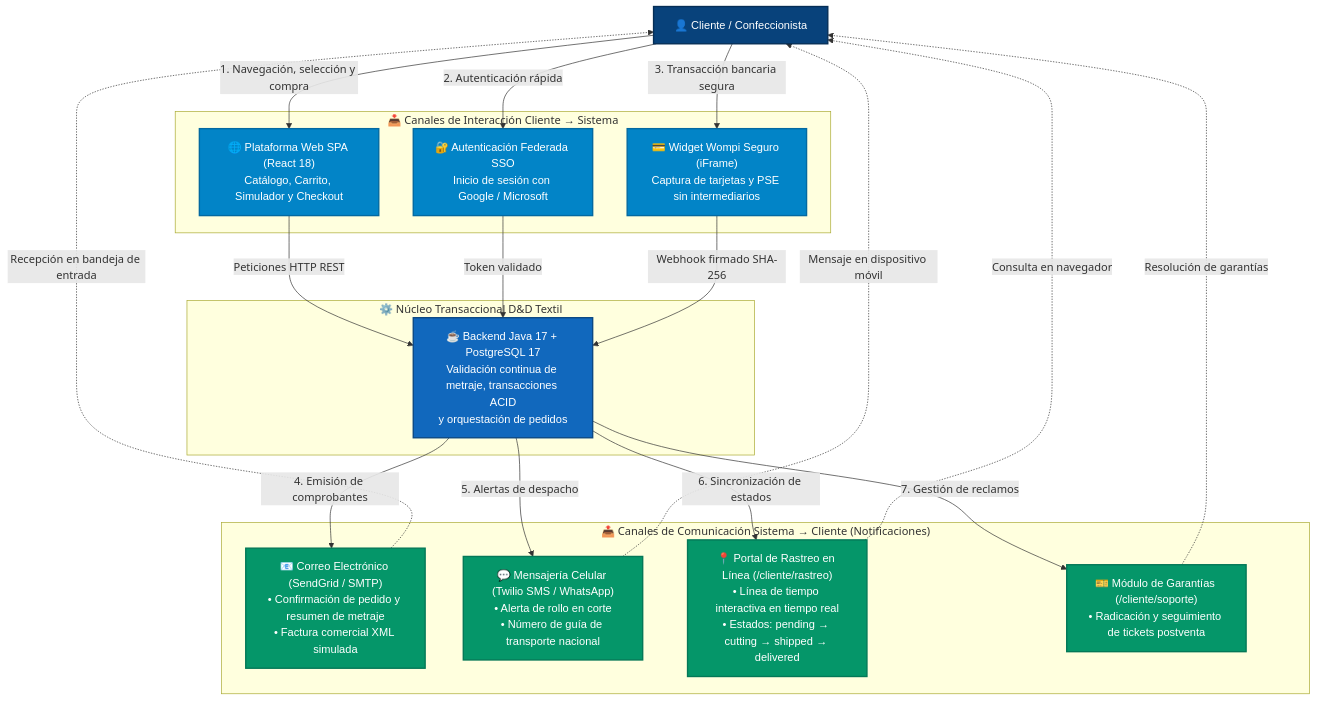
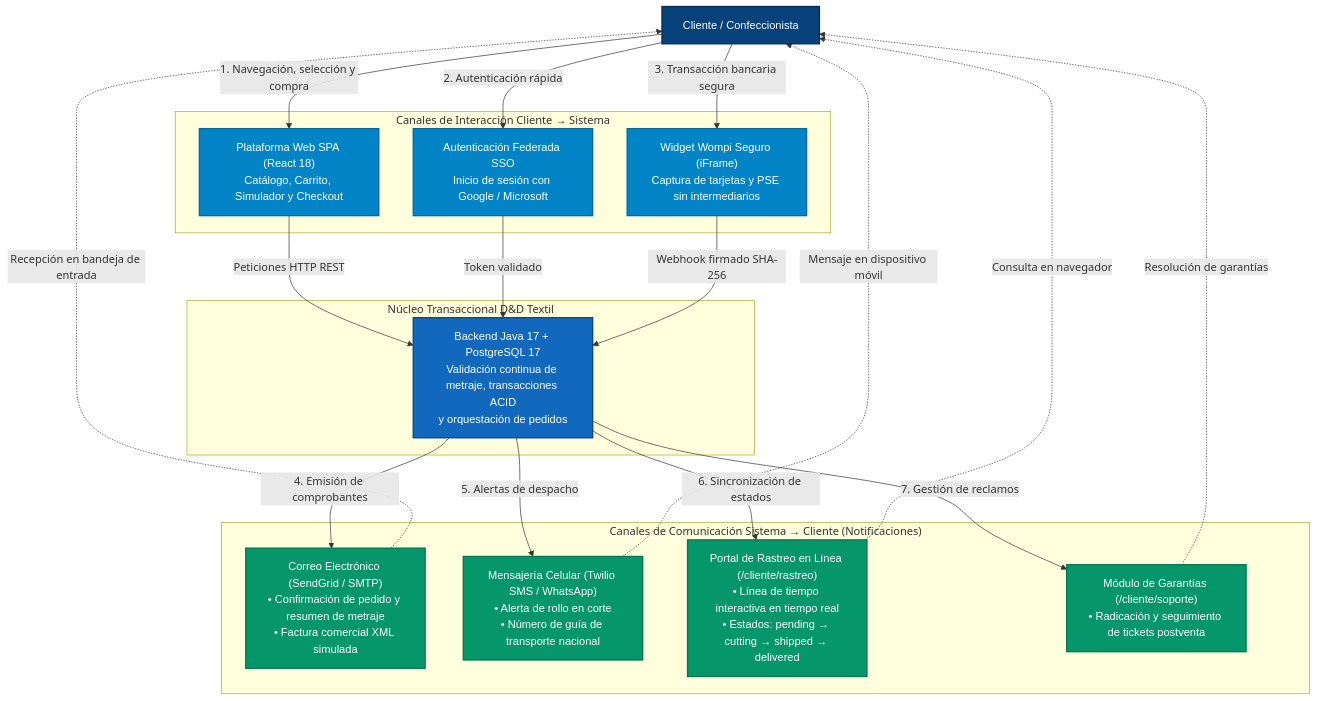
One commit to DAVIDVLEZ-DEVELOPER/PROYECTO-SENA-TIENDA-TEXTIL changed the fifth of 7 diagrams in documentacion/02-arquitectura-software-c4-y-backend.md. Above: the diagram before and after it, drawn with Mermaid. The commit also changed other lines of this file and 6 other files, not shown here.

Commit message:
docs: eliminar emojis de la documentacion tecnica y diagramas de arquitectura para conformidad con estandares academicos ADSO

````diff
--- a/documentacion/02-arquitectura-software-c4-y-backend.md
+++ b/documentacion/02-arquitectura-software-c4-y-backend.md
@@ -357,44 +357,44 @@
 ```mermaid
 flowchart TD
     classDef clienteStyle fill:#08427B,stroke:#052e56,stroke-width:2px,color:#ffffff,font-family:sans-serif;
     classDef canalStyle fill:#0284c7,stroke:#0369a1,stroke-width:2px,color:#ffffff,font-family:sans-serif;
     classDef sistemaStyle fill:#1168BD,stroke:#0b4884,stroke-width:2px,color:#ffffff,font-family:sans-serif;
     classDef salidaStyle fill:#059669,stroke:#047857,stroke-width:2px,color:#ffffff,font-family:sans-serif;
 
-    Cliente["👤 Cliente / Confeccionista"]:::clienteStyle
+    Cliente["Cliente / Confeccionista"]:::clienteStyle
 
-    subgraph CanalesEntrada ["📥 Canales de Interacción Cliente &rarr; Sistema"]
-        CanalWeb["🌐 Plataforma Web SPA (React 18)<br/>Catálogo, Carrito, Simulador y Checkout"]:::canalStyle
-        CanalSSO["🔐 Autenticación Federada SSO<br/>Inicio de sesión con Google / Microsoft"]:::canalStyle
-        CanalWidget["💳 Widget Wompi Seguro (iFrame)<br/>Captura de tarjetas y PSE sin intermediarios"]:::canalStyle
+    subgraph CanalesEntrada ["Canales de Interacción Cliente &rarr; Sistema"]
+        CanalWeb["Plataforma Web SPA (React 18)<br/>Catálogo, Carrito, Simulador y Checkout"]:::canalStyle
+        CanalSSO["Autenticación Federada SSO<br/>Inicio de sesión con Google / Microsoft"]:::canalStyle
+        CanalWidget["Widget Wompi Seguro (iFrame)<br/>Captura de tarjetas y PSE sin intermediarios"]:::canalStyle
     end
 
-    subgraph NucleoDAndD ["⚙️ Núcleo Transaccional D&D Textil"]
-        BackendJava["☕ Backend Java 17 + PostgreSQL 17<br/>Validación continua de metraje, transacciones ACID<br/>y orquestación de pedidos"]:::sistemaStyle
+    subgraph NucleoDAndD ["Núcleo Transaccional D&D Textil"]
+        BackendJava["Backend Java 17 + PostgreSQL 17<br/>Validación continua de metraje, transacciones ACID<br/>y orquestación de pedidos"]:::sistemaStyle
     end
 
-    subgraph CanalesSalida ["📤 Canales de Comunicación Sistema &rarr; Cliente (Notificaciones)"]
-        CanalEmail["📧 Correo Electrónico (SendGrid / SMTP)<br/>• Confirmación de pedido y resumen de metraje<br/>• Factura comercial XML simulada"]:::salidaStyle
-        CanalSMS["💬 Mensajería Celular (Twilio SMS / WhatsApp)<br/>• Alerta de rollo en corte<br/>• Número de guía de transporte nacional"]:::salidaStyle
-        CanalTracking["📍 Portal de Rastreo en Línea (/cliente/rastreo)<br/>• Línea de tiempo interactiva en tiempo real<br/>• Estados: pending &rarr; cutting &rarr; shipped &rarr; delivered"]:::salidaStyle
-        CanalSoporte["🎫 Módulo de Garantías (/cliente/soporte)<br/>• Radicación y seguimiento de tickets postventa"]:::salidaStyle
+    subgraph CanalesSalida ["Canales de Comunicación Sistema &rarr; Cliente (Notificaciones)"]
+        CanalEmail["Correo Electrónico (SendGrid / SMTP)<br/>• Confirmación de pedido y resumen de metraje<br/>• Factura comercial XML simulada"]:::salidaStyle
+        CanalSMS["Mensajería Celular (Twilio SMS / WhatsApp)<br/>• Alerta de rollo en corte<br/>• Número de guía de transporte nacional"]:::salidaStyle
+        CanalTracking["Portal de Rastreo en Línea (/cliente/rastreo)<br/>• Línea de tiempo interactiva en tiempo real<br/>• Estados: pending &rarr; cutting &rarr; shipped &rarr; delivered"]:::salidaStyle
+        CanalSoporte["Módulo de Garantías (/cliente/soporte)<br/>• Radicación y seguimiento de tickets postventa"]:::salidaStyle
     end
 
     Cliente -->|"1. Navegación, selección y compra"| CanalWeb
     Cliente -->|"2. Autenticación rápida"| CanalSSO
     Cliente -->|"3. Transacción bancaria segura"| CanalWidget
 
     CanalWeb -->|"Peticiones HTTP REST"| BackendJava
     CanalSSO -->|"Token validado"| BackendJava
     CanalWidget -->|"Webhook firmado SHA-256"| BackendJava
 
     BackendJava -->|"4. Emisión de comprobantes"| CanalEmail
     BackendJava -->|"5. Alertas de despacho"| CanalSMS
     BackendJava -->|"6. Sincronización de estados"| CanalTracking
     BackendJava -->|"7. Gestión de reclamos"| CanalSoporte
 
     CanalEmail -.->|"Recepción en bandeja de entrada"| Cliente
     CanalSMS -.->|"Mensaje en dispositivo móvil"| Cliente
     CanalTracking -.->|"Consulta en navegador"| Cliente
     CanalSoporte -.->|"Resolución de garantías"| Cliente
 ```
````
